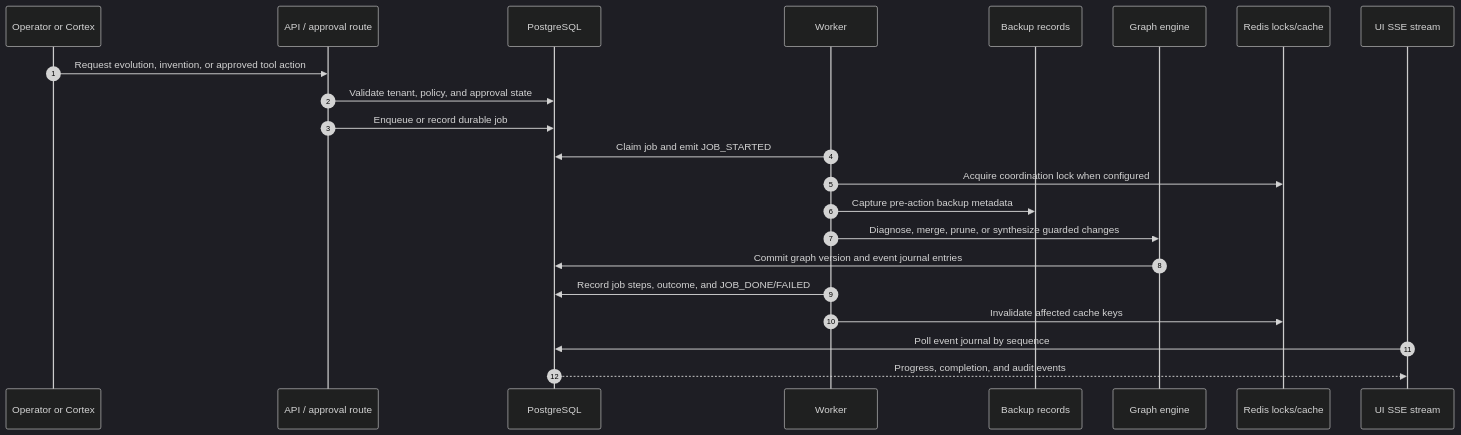
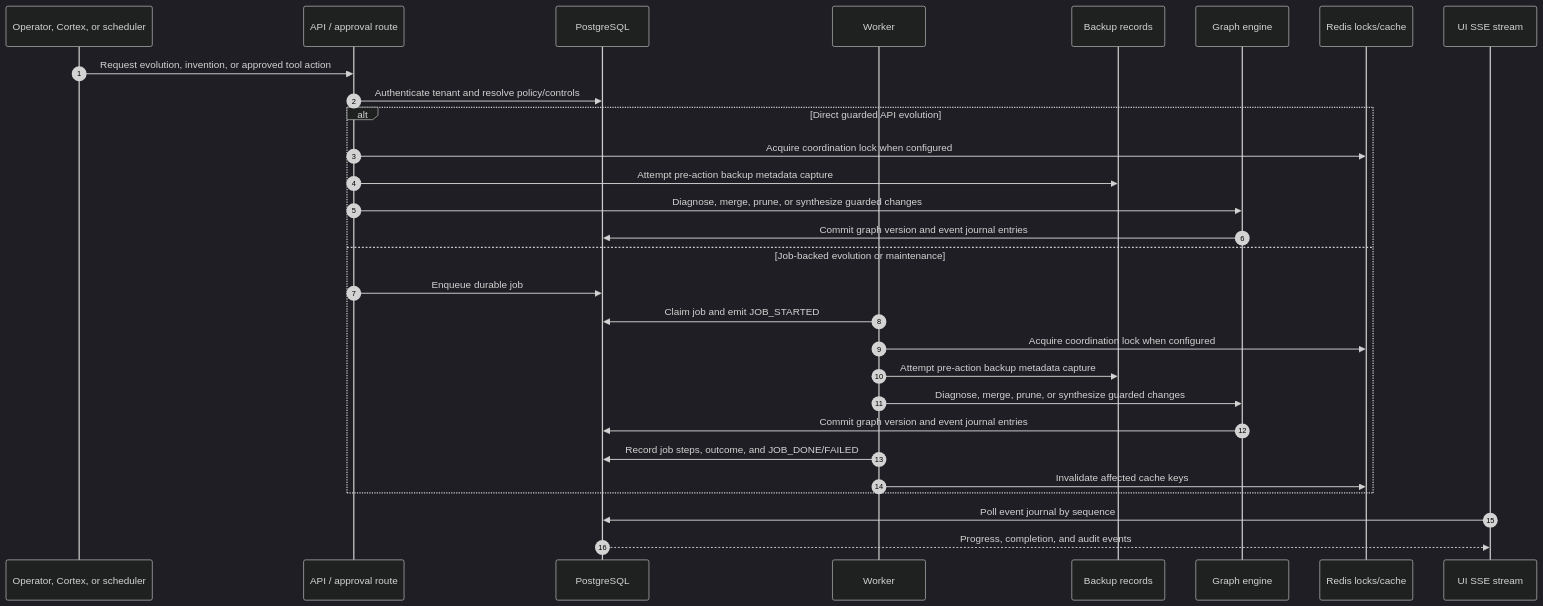
Before and after one commit to sainibhaowal/FAIMatrix: the fourth of 5 diagrams in README.md, drawn with Mermaid (dark theme). The commit also changed other lines of this file and 1 other file, not shown here.

Commit message:
docs: make public architecture deployment-neutral

````diff
--- a/README.md
+++ b/README.md
@@ -206,25 +213,32 @@
 ```mermaid
 sequenceDiagram
     autonumber
-    participant O as Operator or Cortex
+    participant O as Operator, Cortex, or scheduler
     participant A as API / approval route
     participant P as PostgreSQL
     participant W as Worker
     participant B as Backup records
     participant G as Graph engine
     participant R as Redis locks/cache
     participant U as UI SSE stream
 
     O->>A: Request evolution, invention, or approved tool action
-    A->>P: Validate tenant, policy, and approval state
-    A->>P: Enqueue or record durable job
-    W->>P: Claim job and emit JOB_STARTED
-    W->>R: Acquire coordination lock when configured
-    W->>B: Capture pre-action backup metadata
-    W->>G: Diagnose, merge, prune, or synthesize guarded changes
-    G->>P: Commit graph version and event journal entries
-    W->>P: Record job steps, outcome, and JOB_DONE/FAILED
-    W->>R: Invalidate affected cache keys
+    A->>P: Authenticate tenant and resolve policy/controls
+    alt Direct guarded API evolution
+        A->>R: Acquire coordination lock when configured
+        A->>B: Attempt pre-action backup metadata capture
+        A->>G: Diagnose, merge, prune, or synthesize guarded changes
+        G->>P: Commit graph version and event journal entries
+    else Job-backed evolution or maintenance
+        A->>P: Enqueue durable job
+        W->>P: Claim job and emit JOB_STARTED
+        W->>R: Acquire coordination lock when configured
+        W->>B: Attempt pre-action backup metadata capture
+        W->>G: Diagnose, merge, prune, or synthesize guarded changes
+        G->>P: Commit graph version and event journal entries
+        W->>P: Record job steps, outcome, and JOB_DONE/FAILED
+        W->>R: Invalidate affected cache keys
+    end
     U->>P: Poll event journal by sequence
     P-->>U: Progress, completion, and audit events
 ```
````
